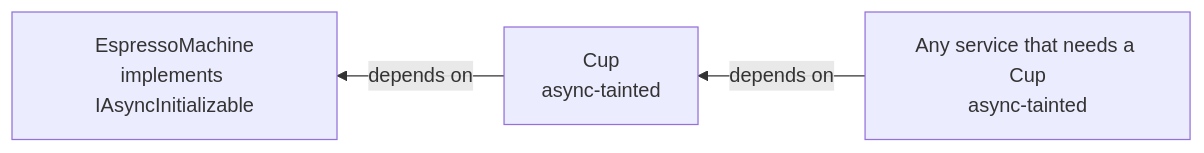
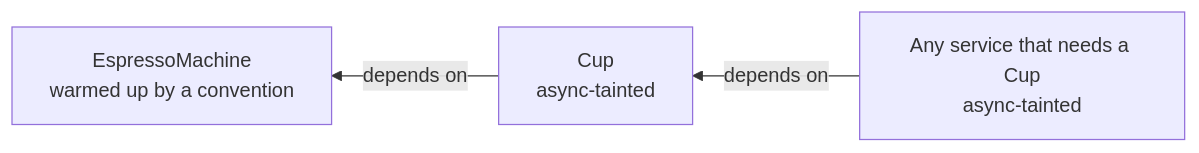
Before and after one commit to Testably/Awaiten: the diagram in Docs/pages/03-core-concepts/03-async-initialization.md, drawn with Mermaid. The commit also changed other lines of this file and 111 other files, not shown here.

````diff
--- a/Docs/pages/03-core-concepts/03-async-initialization.md
+++ b/Docs/pages/03-core-concepts/03-async-initialization.md
@@ -34,5 +44,5 @@
 ```mermaid
 flowchart RL
-    cup["Cup<br/>async-tainted"] -- "depends on" --> machine["EspressoMachine<br/>implements IAsyncInitializable"]
+    cup["Cup<br/>async-tainted"] -- "depends on" --> machine["EspressoMachine<br/>warmed up by a convention"]
     consumer["Any service that needs a Cup<br/>async-tainted"] -- "depends on" --> cup
 ```
````
